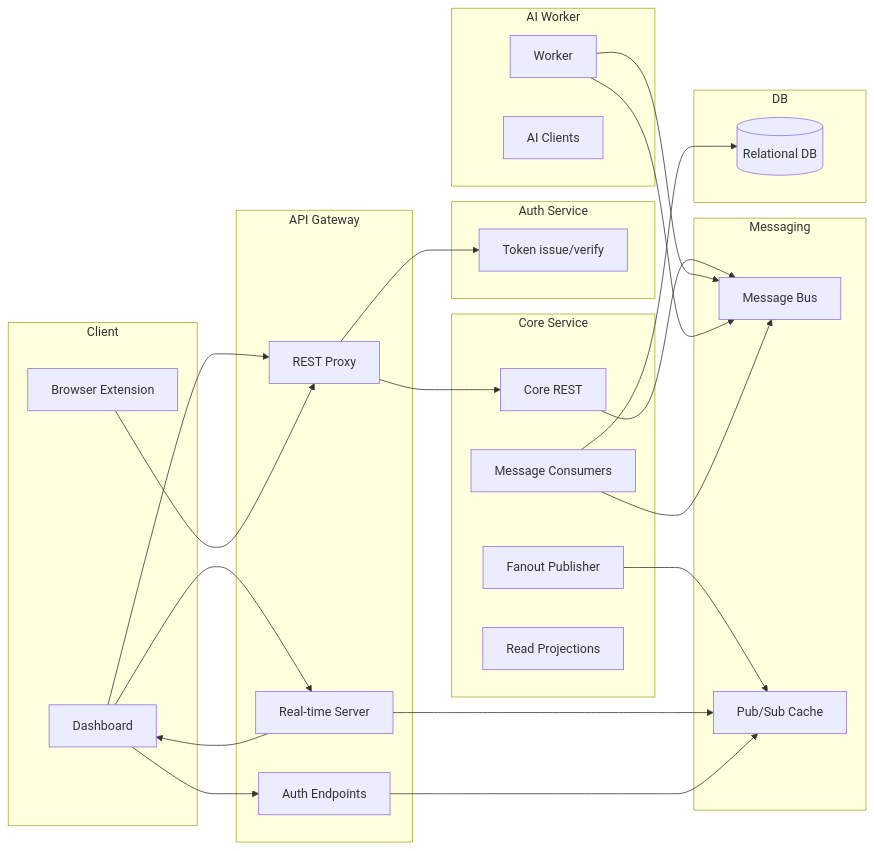
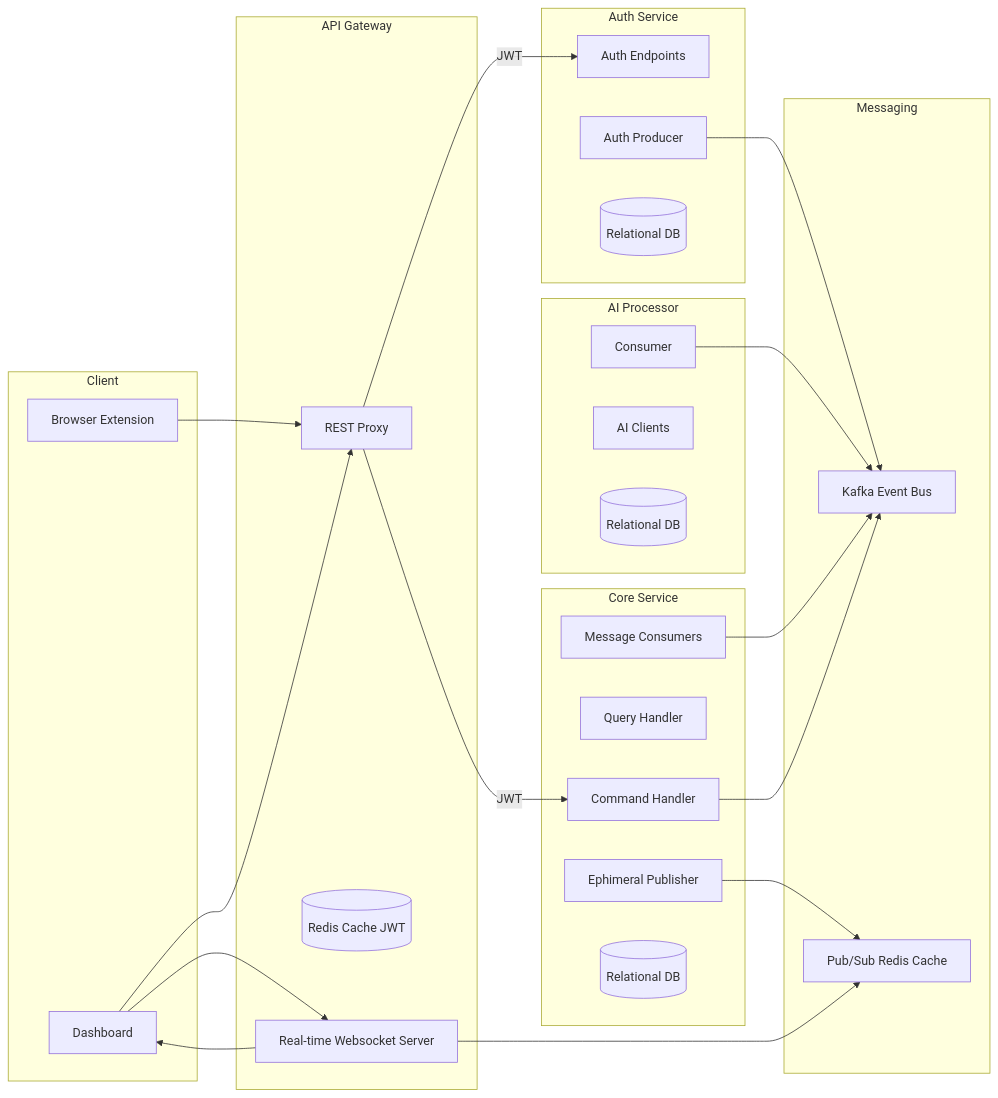
One commit to rafaesc/snippetquiz changed the first of 3 diagrams in README.md. Above: the diagram before and after it, drawn with Mermaid. The commit also changed other lines of this file and 4 other files, not shown here.

Commit message:
feat: Update project architecture

````diff
--- a/README.md
+++ b/README.md
@@ -17,54 +20,51 @@
 ```mermaid
 flowchart LR
   subgraph Client
     D[Dashboard]
     X[Browser Extension]
   end
 
   subgraph Gateway["API Gateway"]
     G[REST Proxy]
-    WS[Real-time Server]
-    AUTH[Auth Endpoints]
+    REDIS[(Redis Cache JWT)]
+    WS[Real-time Websocket Server]
   end
 
   subgraph AuthService["Auth Service"]
-    JWT[Token issue/verify]
+    AUTH[Auth Endpoints]
+    AUTHP[Auth Producer]
+    PG1[(Relational DB)]
   end
 
   subgraph Core["Core Service"]
-    API[Core REST]
+    API[Command Handler]
+    QUERY[Query Handler]
     CONSUMERS[Message Consumers]
-    FANOUT[Fanout Publisher]
-    PROJ[Read Projections]
+    FANOUT[Ephimeral Publisher]
+    PG2[(Relational DB)]
   end
 
-  subgraph AI["AI Worker"]
-    PYCONSUMER[Worker]
+  subgraph AI["AI Processor"]
+    PYCONSUMER[Consumer]
     LLM[AI Clients]
+    PG3[(Relational DB)]
   end
 
   subgraph Messaging
-    K[Message Bus]
-    R[Pub/Sub Cache]
+    K[Kafka Event Bus]
+    R[Pub/Sub Redis Cache]
   end
 
-  subgraph DB
-    PG[(Relational DB)]
-  end
-
-  D --> AUTH
+  X --> G
   D --> G
-  X --> G
-  G --> JWT
-  G --> API
-  API --> K
-  PYCONSUMER --> K
+  G --> |JWT| API
+  G --> |JWT| AUTH
+  AUTHP --> K
   PYCONSUMER --> K
   CONSUMERS --> K
-  CONSUMERS --> PG
   FANOUT --> R
+  API --> K
   WS --> R
   WS --> D
   D --> WS
-  AUTH --> R
 ```
````
